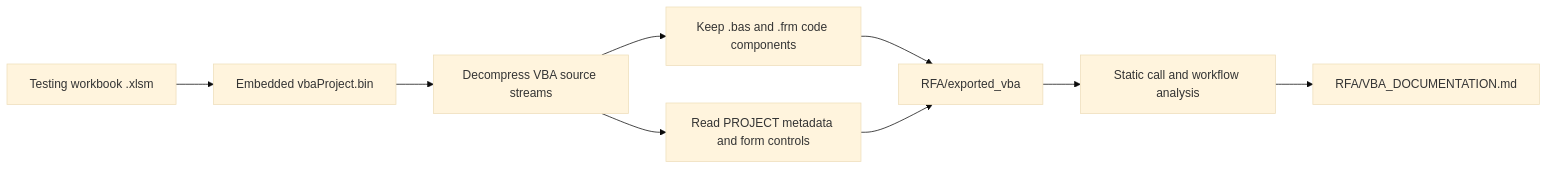
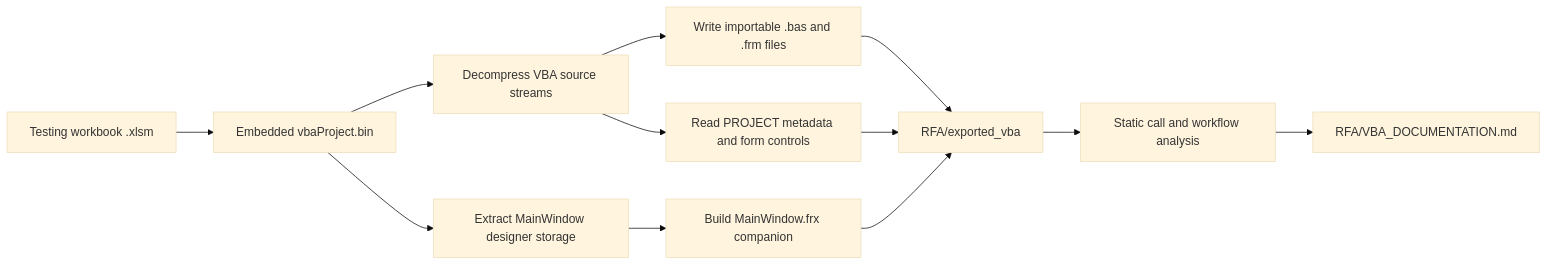
Before and after one commit to moonstarph23/Common-Script: the fifth of 5 diagrams in RFA/VBA_DOCUMENTATION.md, drawn with Mermaid (base theme). The commit also changed other lines of this file and 7 other files, not shown here.

Commit message:
Export importable RFA VBA components

````diff
--- a/RFA/VBA_DOCUMENTATION.md
+++ b/RFA/VBA_DOCUMENTATION.md
@@ -211,11 +218,14 @@
 ```mermaid
 flowchart LR
     XLSM["Testing workbook .xlsm"] --> VBAProject["Embedded vbaProject.bin"]
     VBAProject --> Extract["Decompress VBA source streams"]
-    Extract --> Keep["Keep .bas and .frm code components"]
+    VBAProject --> Designer["Extract MainWindow designer storage"]
+    Extract --> Keep["Write importable .bas and .frm files"]
+    Designer --> FRX["Build MainWindow.frx companion"]
     Extract --> Meta["Read PROJECT metadata and form controls"]
     Keep --> Folder["RFA/exported_vba"]
+    FRX --> Folder
     Meta --> Folder
     Folder --> Review["Static call and workflow analysis"]
     Review --> Docs["RFA/VBA_DOCUMENTATION.md"]
 ```
````
